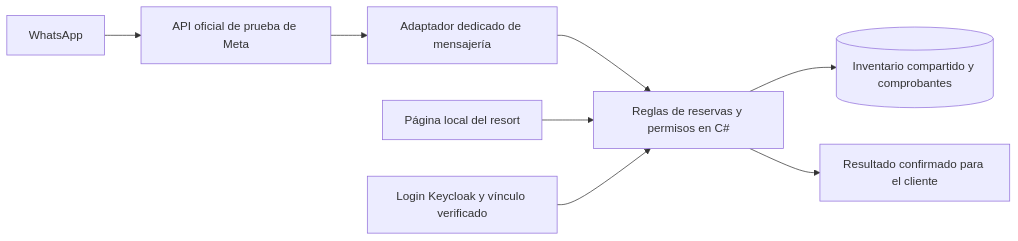
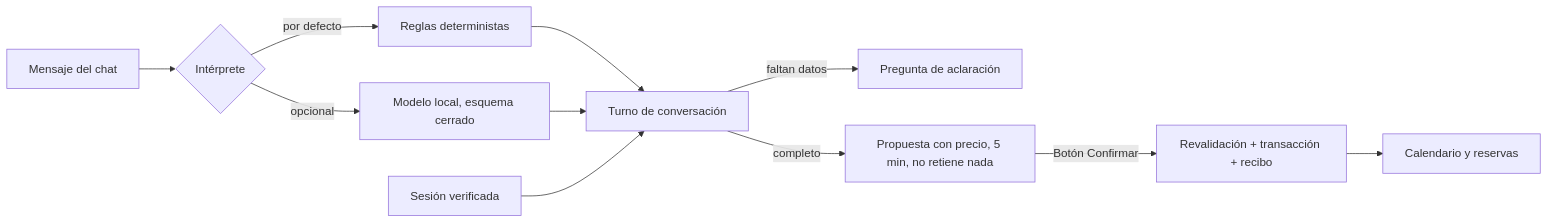
One commit to SirRedofTheJohns/ContactCenterAI changed the diagram in README.es.md. Above: the diagram before and after it, drawn with Mermaid. The commit also changed other lines of this file and 22 other files, not shown here.

````diff
--- a/README.es.md
+++ b/README.es.md
@@ -65,10 +54,13 @@
 ```mermaid
 flowchart LR
-    WA[WhatsApp] --> Meta[API oficial de prueba de Meta]
-    Meta --> Channel[Adaptador dedicado de mensajería]
-    Channel --> Rules[Reglas de reservas y permisos en C#]
-    Web[Página local del resort] --> Rules
-    Login[Login Keycloak y vínculo verificado] --> Rules
-    Rules --> DB[(Inventario compartido y comprobantes)]
-    Rules --> Reply[Resultado confirmado para el cliente]
+    U[Mensaje del chat] --> I{Intérprete}
+    I -->|por defecto| R[Reglas deterministas]
+    I -->|opcional| M[Modelo local, esquema cerrado]
+    R --> C[Turno de conversación]
+    M --> C
+    S[Sesión verificada] --> C
+    C -->|faltan datos| Q[Pregunta de aclaración]
+    C -->|completo| O[Propuesta con precio, 5 min, no retiene nada]
+    O -->|Botón Confirmar| X[Revalidación + transacción + recibo]
+    X --> V[Calendario y reservas]
 ```
````
